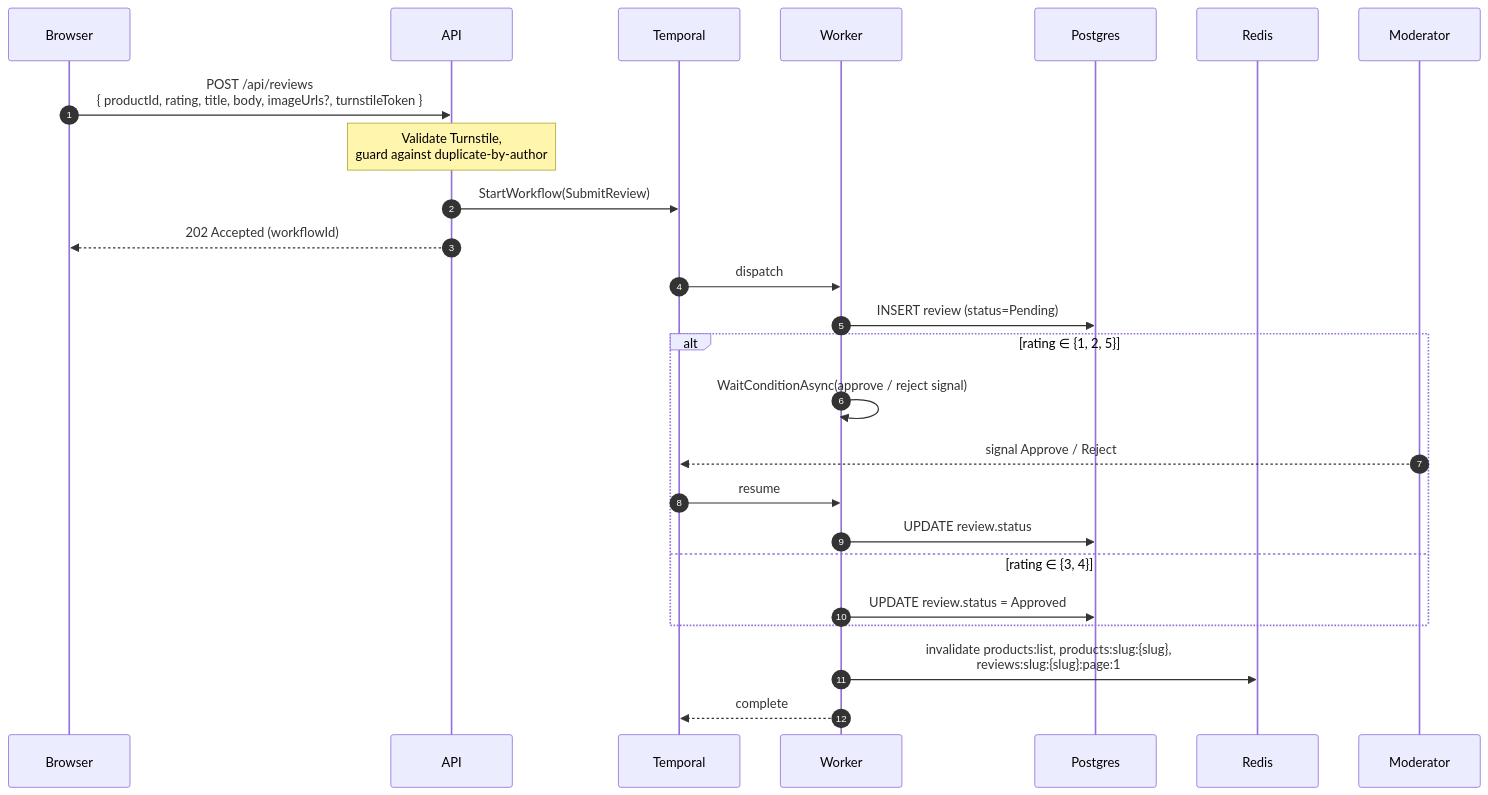
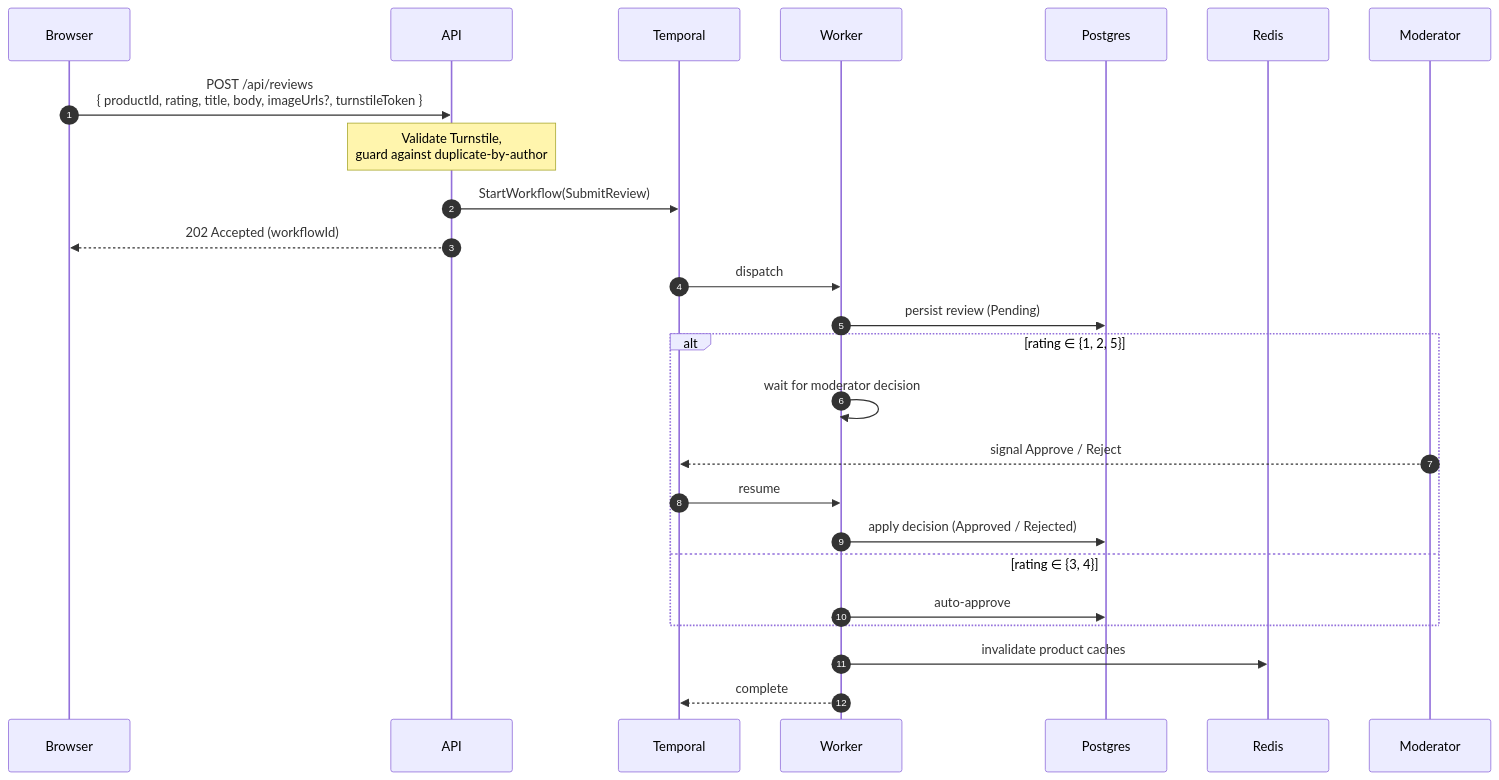
Before and after one commit to KaliCZ/reviews: the sixth of 12 diagrams in docs/flows.md, drawn with Mermaid. The commit also changed other lines of this file, not shown here.

First line of the commit message:
Strip implementation detail from product-flow diagrams

````diff
--- a/docs/flows.md
+++ b/docs/flows.md
@@ -181,31 +179,31 @@
 ```mermaid
 sequenceDiagram
     autonumber
     participant B as Browser
     participant A as API
     participant T as Temporal
     participant W as Worker
     participant P as Postgres
     participant R as Redis
     participant M as Moderator
 
     B->>A: POST /api/reviews<br/>{ productId, rating, title, body, imageUrls?, turnstileToken }
     Note over A: Validate Turnstile,<br/>guard against duplicate-by-author
     A->>T: StartWorkflow(SubmitReview)
     A-->>B: 202 Accepted (workflowId)
 
     T->>W: dispatch
-    W->>P: INSERT review (status=Pending)
+    W->>P: persist review (Pending)
 
     alt rating ∈ {1, 2, 5}
-        W->>W: WaitConditionAsync(approve / reject signal)
+        W->>W: wait for moderator decision
         M-->>T: signal Approve / Reject
         T->>W: resume
-        W->>P: UPDATE review.status
+        W->>P: apply decision (Approved / Rejected)
     else rating ∈ {3, 4}
-        W->>P: UPDATE review.status = Approved
+        W->>P: auto-approve
     end
 
-    W->>R: invalidate products:list, products:slug:{slug},<br/>reviews:slug:{slug}:page:1
+    W->>R: invalidate product caches
     W-->>T: complete
 ```
````
